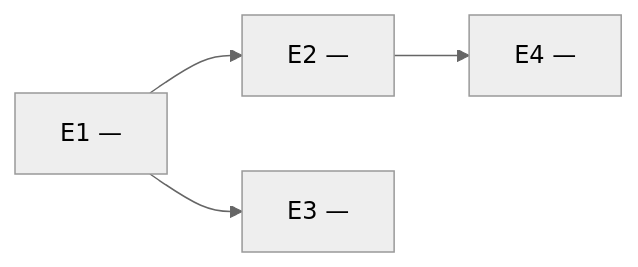
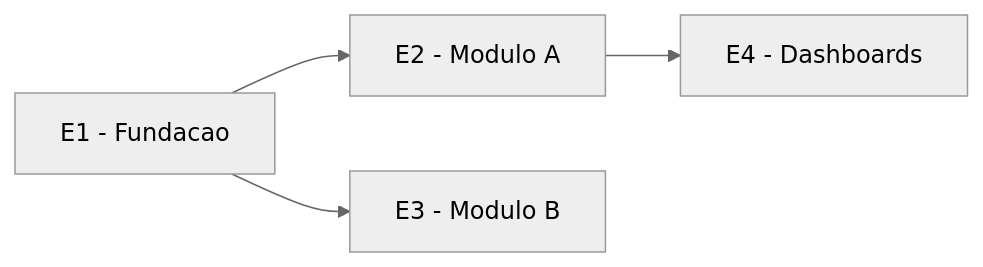
Before and after one commit to administrativo3ariva/system3ariva: the diagram in system_refactor/templates_dev_framework/2-roadmap.template.md, drawn with Mermaid (neutral theme). The commit also changed other lines of this file and 1 other file, not shown here.

First line of the commit message:
docs(sdd): alinha templates de roadmap ao fluxo com design técnico

````diff
--- a/system_refactor/templates_dev_framework/2-roadmap.template.md
+++ b/system_refactor/templates_dev_framework/2-roadmap.template.md
@@ -37,6 +72,6 @@
 ```mermaid
 flowchart LR
-    E1[E1 — <nome>] --> E2[E2 — <nome>]
-    E1 --> E3[E3 — <nome>]
-    E2 --> E4[E4 — <nome>]
+    E1["E1 - Fundacao"] --> E2["E2 - Modulo A"]
+    E1 --> E3["E3 - Modulo B"]
+    E2 --> E4["E4 - Dashboards"]
 ```
````
